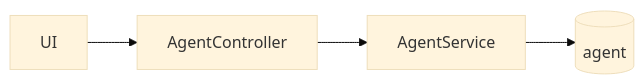
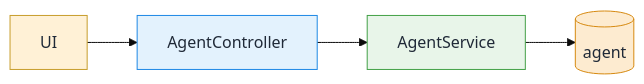
One commit to spring-ai-alibaba/DataAgent changed diagram 15 of 18 in README.md. Above: the diagram before and after it, drawn with Mermaid (base theme). The commit also changed other lines of this file, not shown here.

Commit message:
refactor: update README with improved diagram formatting and class definitions for better clarity

````diff
--- a/README.md
+++ b/README.md
@@ -322,6 +423,16 @@
 ```mermaid
 flowchart LR
   UI --> AgentAPI[AgentController]
   AgentAPI --> AgentSvc[AgentService]
   AgentSvc --> AgentDB[(agent)]
+
+  classDef client fill:#FFF1D6,stroke:#C79D2B,stroke-width:1px,color:#1F2937;
+  classDef api fill:#E3F2FD,stroke:#1E88E5,stroke-width:1px,color:#1F2937;
+  classDef service fill:#E8F5E9,stroke:#43A047,stroke-width:1px,color:#1F2937;
+  classDef data fill:#FDEBD0,stroke:#D68910,stroke-width:1px,color:#1F2937;
+
+  class UI client
+  class AgentAPI api
+  class AgentSvc service
+  class AgentDB data
 ```
````
